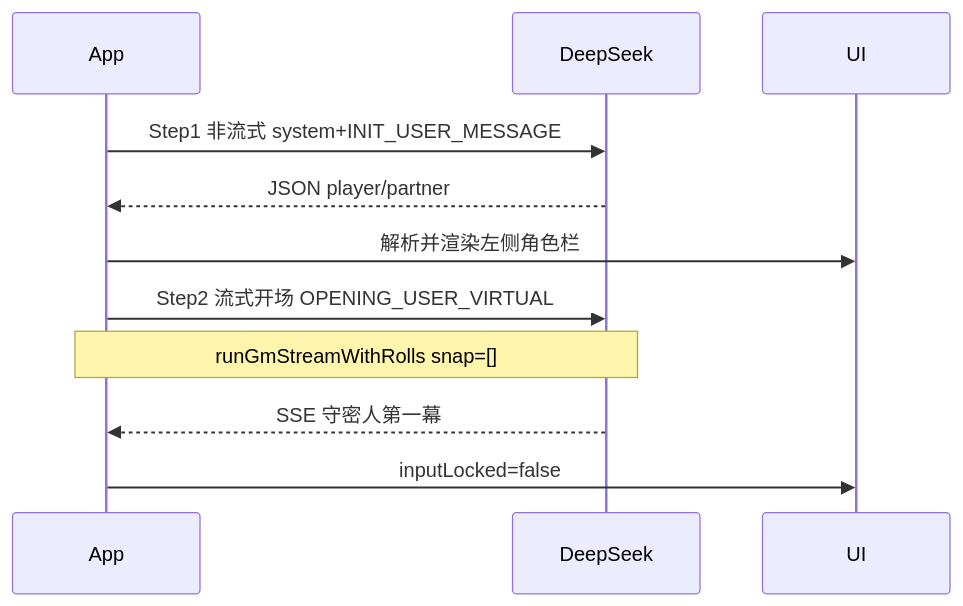
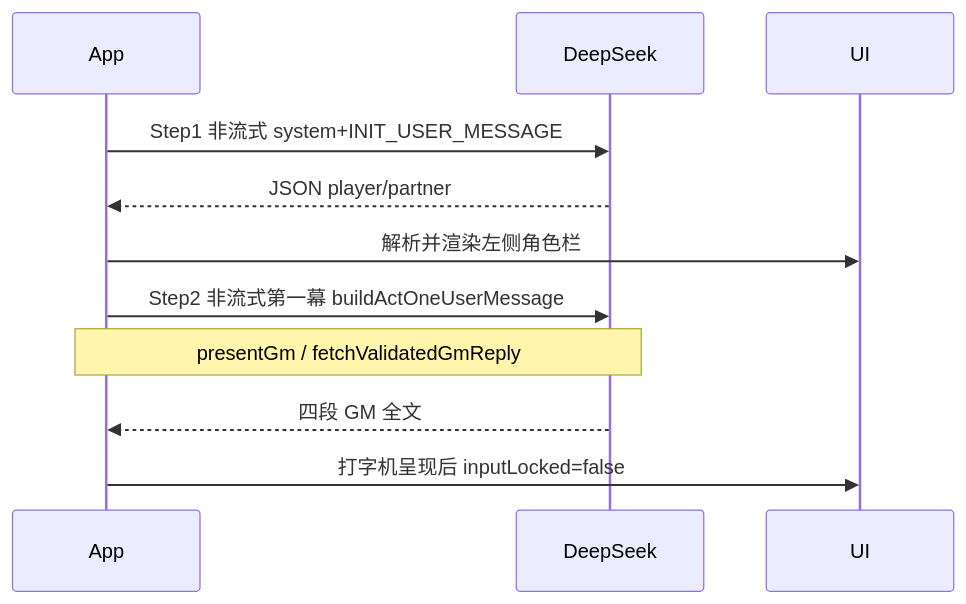
Before and after one commit to heyixigu/coc: the second of 4 diagrams in ARCHITECTURE.md, drawn with Mermaid. The commit also changed other lines of this file and 47 other files, not shown here.

````diff
--- a/ARCHITECTURE.md
+++ b/ARCHITECTURE.md
@@ -92,15 +123,15 @@
 ```mermaid
 sequenceDiagram
   participant App
   participant API as DeepSeek
   participant UI
 
   App->>API: Step1 非流式 system+INIT_USER_MESSAGE
   API-->>App: JSON player/partner
   App->>UI: 解析并渲染左侧角色栏
 
-  App->>API: Step2 流式开场 OPENING_USER_VIRTUAL
-  Note over App,API: runGmStreamWithRolls snap=[]
-  API-->>App: SSE 守密人第一幕
-  App->>UI: inputLocked=false
+  App->>API: Step2 非流式第一幕 buildActOneUserMessage
+  Note over App,API: presentGm / fetchValidatedGmReply
+  API-->>App: 四段 GM 全文
+  App->>UI: 打字机呈现后 inputLocked=false
 ```
````
